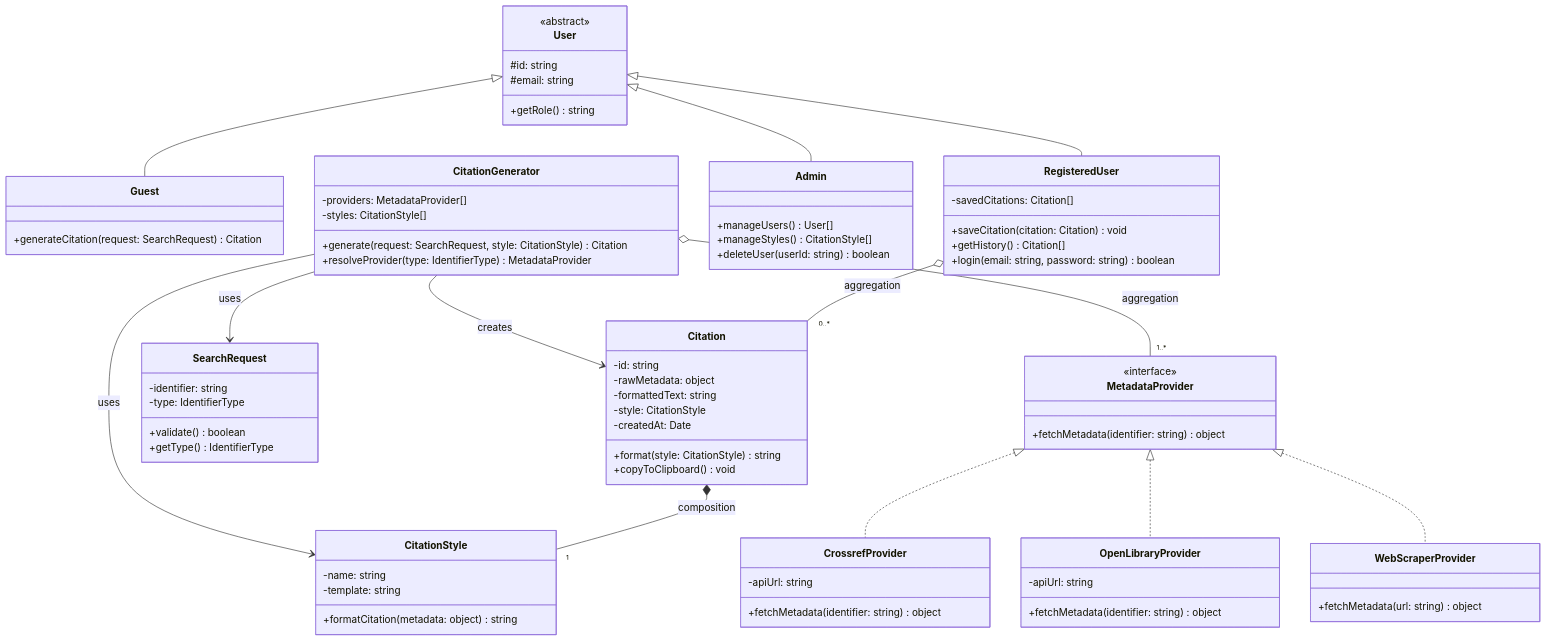
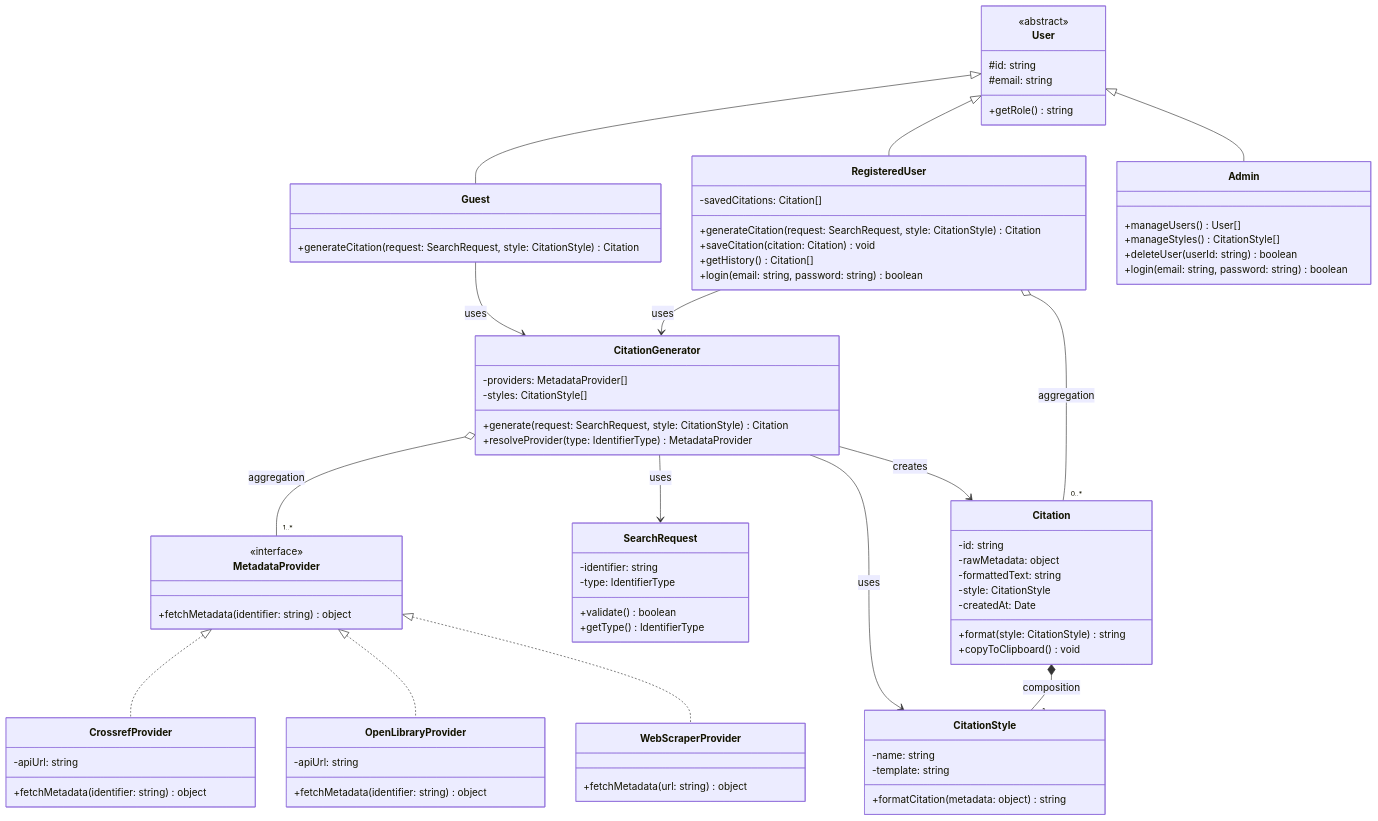
One commit to oleksandrkonovalov1/bse-lr2-konovalov changed the diagram in diagrams/class.mmd. Above: the diagram before and after it, drawn with Mermaid. The commit also changed 7 other files, not shown here.

First line of the commit message:
fix: resolve internal consistency issues across UML diagrams

```diff
--- a/diagrams/class.mmd
+++ b/diagrams/class.mmd
@@ -1,86 +1,90 @@
 classDiagram
     class User {
         <<abstract>>
         #id: string
         #email: string
         +getRole() string
     }
 
     class Guest {
-        +generateCitation(request: SearchRequest) Citation
+        +generateCitation(request: SearchRequest, style: CitationStyle) Citation
     }
 
     class RegisteredUser {
         -savedCitations: Citation[]
+        +generateCitation(request: SearchRequest, style: CitationStyle) Citation
         +saveCitation(citation: Citation) void
         +getHistory() Citation[]
         +login(email: string, password: string) boolean
     }
 
     class Admin {
         +manageUsers() User[]
         +manageStyles() CitationStyle[]
         +deleteUser(userId: string) boolean
+        +login(email: string, password: string) boolean
     }
 
     class Citation {
         -id: string
         -rawMetadata: object
         -formattedText: string
         -style: CitationStyle
         -createdAt: Date
         +format(style: CitationStyle) string
         +copyToClipboard() void
     }
 
     class CitationStyle {
         -name: string
         -template: string
         +formatCitation(metadata: object) string
     }
 
     class SearchRequest {
         -identifier: string
         -type: IdentifierType
         +validate() boolean
         +getType() IdentifierType
     }
 
     class MetadataProvider {
         <<interface>>
         +fetchMetadata(identifier: string) object
     }
 
     class CrossrefProvider {
         -apiUrl: string
         +fetchMetadata(identifier: string) object
     }
 
     class OpenLibraryProvider {
         -apiUrl: string
         +fetchMetadata(identifier: string) object
     }
 
     class WebScraperProvider {
         +fetchMetadata(url: string) object
     }
 
     class CitationGenerator {
         -providers: MetadataProvider[]
         -styles: CitationStyle[]
         +generate(request: SearchRequest, style: CitationStyle) Citation
         +resolveProvider(type: IdentifierType) MetadataProvider
     }
 
     User <|-- Guest
     User <|-- RegisteredUser
     User <|-- Admin
     MetadataProvider <|.. CrossrefProvider
     MetadataProvider <|.. OpenLibraryProvider
     MetadataProvider <|.. WebScraperProvider
     CitationGenerator o-- "1..*" MetadataProvider : aggregation
     CitationGenerator --> CitationStyle : uses
     CitationGenerator --> Citation : creates
     Citation *-- "1" CitationStyle : composition
     RegisteredUser o-- "0..*" Citation : aggregation
     CitationGenerator --> SearchRequest : uses
+    Guest --> CitationGenerator : uses
+    RegisteredUser --> CitationGenerator : uses
```
